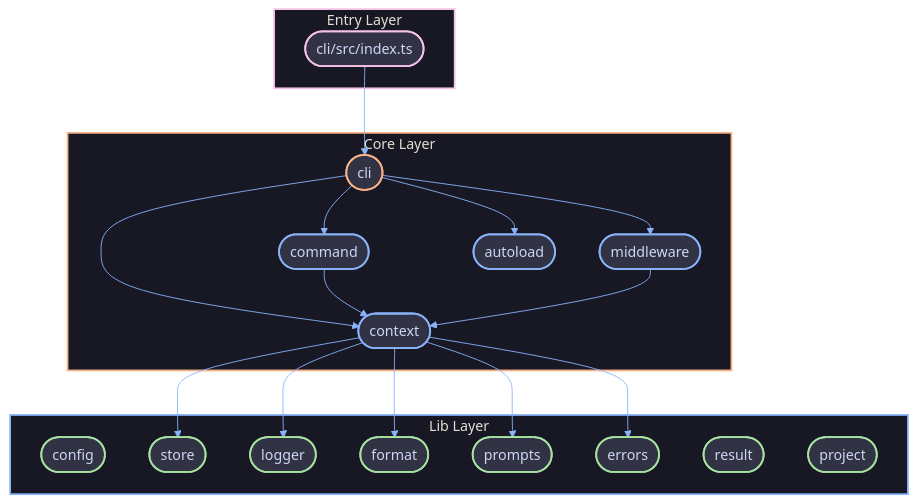
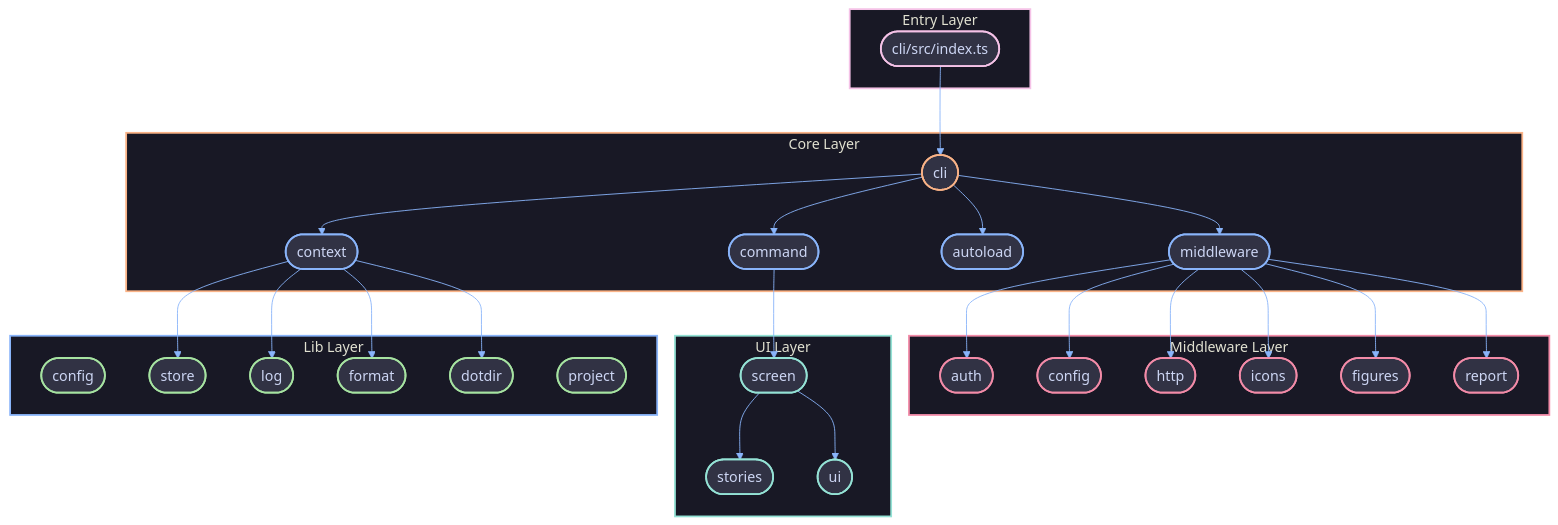
One commit to joggrdocs/kidd changed the first of 2 diagrams in contributing/concepts/architecture.md. Above: the diagram before and after it, drawn with Mermaid. The commit also changed other lines of this file and 49 other files, not shown here.

````diff
--- a/contributing/concepts/architecture.md
+++ b/contributing/concepts/architecture.md
@@ -32,60 +32,81 @@
 ```mermaid
 %%{init: {
   'theme': 'base',
   'themeVariables': {
     'primaryColor': '#313244',
     'primaryTextColor': '#cdd6f4',
     'primaryBorderColor': '#6c7086',
     'lineColor': '#89b4fa',
     'secondaryColor': '#45475a',
     'tertiaryColor': '#1e1e2e',
     'background': '#1e1e2e',
     'mainBkg': '#313244',
     'clusterBkg': '#1e1e2e',
     'clusterBorder': '#45475a'
   },
   'flowchart': { 'curve': 'basis', 'padding': 15 }
 }}%%
 flowchart TB
     subgraph entry ["Entry Layer"]
         INDEX(["cli/src/index.ts"])
     end
 
     subgraph core ["Core Layer"]
         CLICORE(["cli"])
         CMD(["command"])
         MW(["middleware"])
         AUTO(["autoload"])
         CTX(["context"])
     end
 
+    subgraph mw ["Middleware Layer"]
+        AUTH(["auth"])
+        CFGMW(["config"])
+        HTTP(["http"])
+        ICONS(["icons"])
+        FIGURES(["figures"])
+        REPORT(["report"])
+    end
+
+    subgraph ui ["UI Layer"]
+        SCREEN(["screen"])
+        STORIES(["stories"])
+        UICOMP(["ui"])
+    end
+
     subgraph lib ["Lib Layer"]
         CONFIG(["config"])
         STORE(["store"])
-        LOGGER(["logger"])
+        LOG(["log"])
         FORMAT(["format"])
-        PROMPTS(["prompts"])
-        ERRORS(["errors"])
-        RESULT(["result"])
+        DOTDIR(["dotdir"])
         PROJECT(["project"])
     end
 
     INDEX --> CLICORE
     CLICORE --> CMD & MW & AUTO & CTX
-    CTX --> LOGGER & STORE & FORMAT & PROMPTS & ERRORS
-    CMD & MW --> CTX
+    CMD --> SCREEN
+    MW --> AUTH & CFGMW & HTTP & ICONS & FIGURES & REPORT
+    CTX --> LOG & STORE & FORMAT & DOTDIR
+    SCREEN --> UICOMP & STORIES
 
     classDef core fill:#313244,stroke:#89b4fa,stroke-width:2px,color:#cdd6f4
     classDef gateway fill:#313244,stroke:#fab387,stroke-width:2px,color:#cdd6f4
     classDef agent fill:#313244,stroke:#a6e3a1,stroke-width:2px,color:#cdd6f4
     classDef external fill:#313244,stroke:#f5c2e7,stroke-width:2px,color:#cdd6f4
+    classDef middleware fill:#313244,stroke:#f38ba8,stroke-width:2px,color:#cdd6f4
+    classDef uilayer fill:#313244,stroke:#94e2d5,stroke-width:2px,color:#cdd6f4
 
     class INDEX external
     class CLICORE gateway
     class CMD,MW,AUTO,CTX core
-    class CONFIG,STORE,LOGGER,FORMAT,PROMPTS,ERRORS,RESULT,PROJECT agent
+    class AUTH,CFGMW,HTTP,ICONS,FIGURES,REPORT middleware
+    class SCREEN,STORIES,UICOMP uilayer
+    class CONFIG,STORE,LOG,FORMAT,DOTDIR,PROJECT agent
 
     style entry fill:#181825,stroke:#f5c2e7,stroke-width:2px
     style core fill:#181825,stroke:#fab387,stroke-width:2px
+    style mw fill:#181825,stroke:#f38ba8,stroke-width:2px
+    style ui fill:#181825,stroke:#94e2d5,stroke-width:2px
     style lib fill:#181825,stroke:#89b4fa,stroke-width:2px
 ```
````
